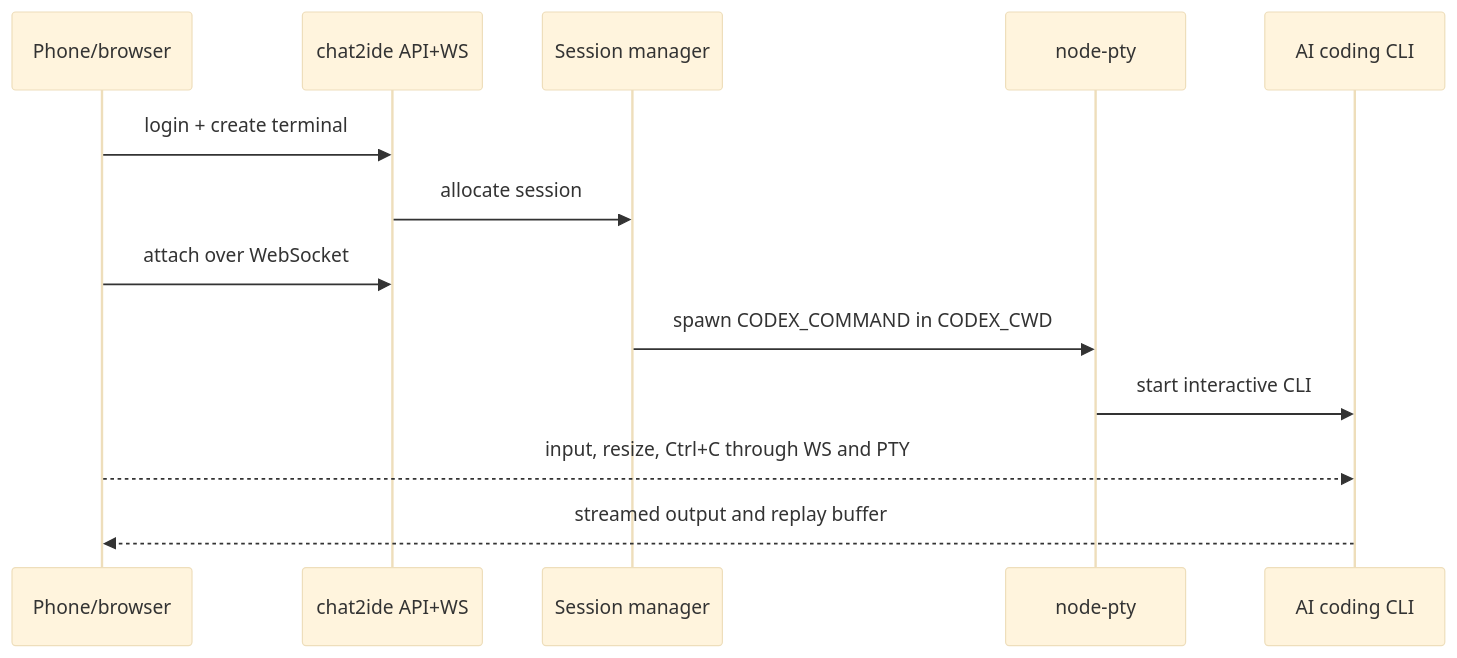
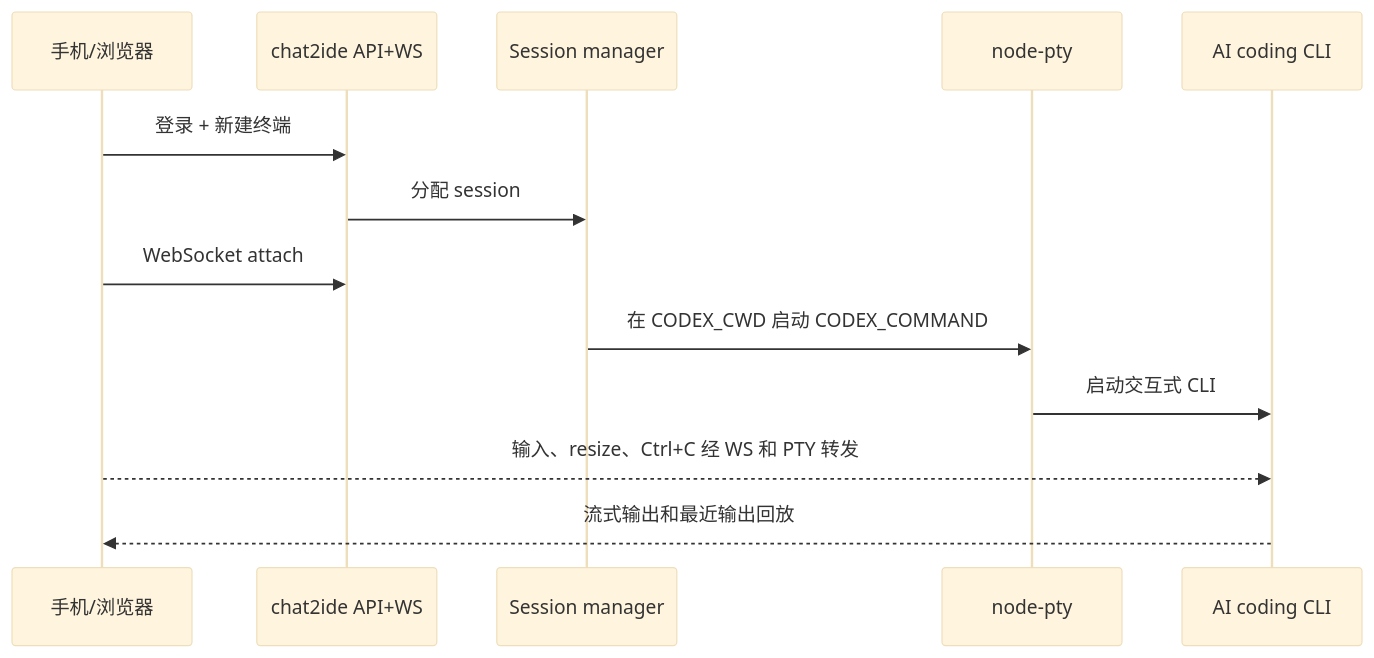
One commit to oceanusXXD/chat2ide changed the second of 2 diagrams in README.md. Above: the diagram before and after it, drawn with Mermaid (base theme). The commit also changed other lines of this file and 2 other files, not shown here.

````diff
--- a/README.md
+++ b/README.md
@@ -74,15 +212,15 @@
 ```mermaid
 sequenceDiagram
-  participant U as Phone/browser
+  participant U as 手机/浏览器
   participant A as chat2ide API+WS
   participant T as Session manager
   participant P as node-pty
   participant C as AI coding CLI
-  U->>A: login + create terminal
-  A->>T: allocate session
-  U->>A: attach over WebSocket
-  T->>P: spawn CODEX_COMMAND in CODEX_CWD
-  P->>C: start interactive CLI
-  U-->>C: input, resize, Ctrl+C through WS and PTY
-  C-->>U: streamed output and replay buffer
+  U->>A: 登录 + 新建终端
+  A->>T: 分配 session
+  U->>A: WebSocket attach
+  T->>P: 在 CODEX_CWD 启动 CODEX_COMMAND
+  P->>C: 启动交互式 CLI
+  U-->>C: 输入、resize、Ctrl+C 经 WS 和 PTY 转发
+  C-->>U: 流式输出和最近输出回放
 ```
````
